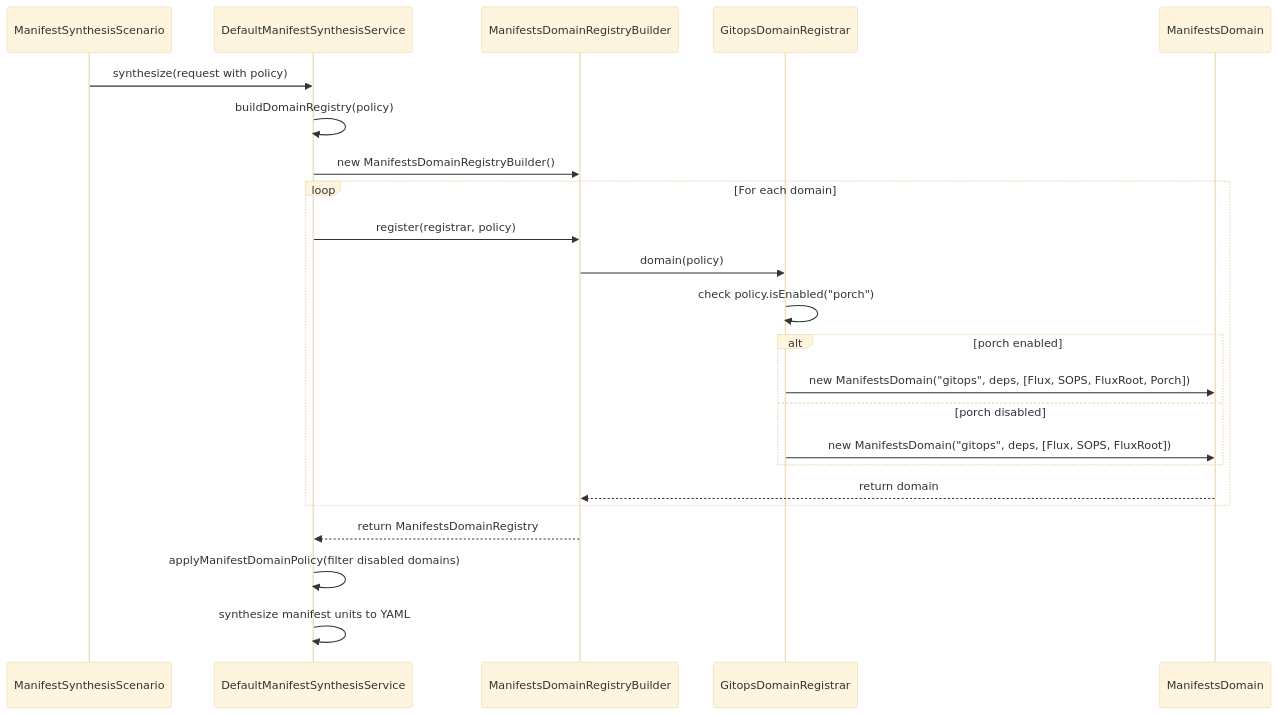
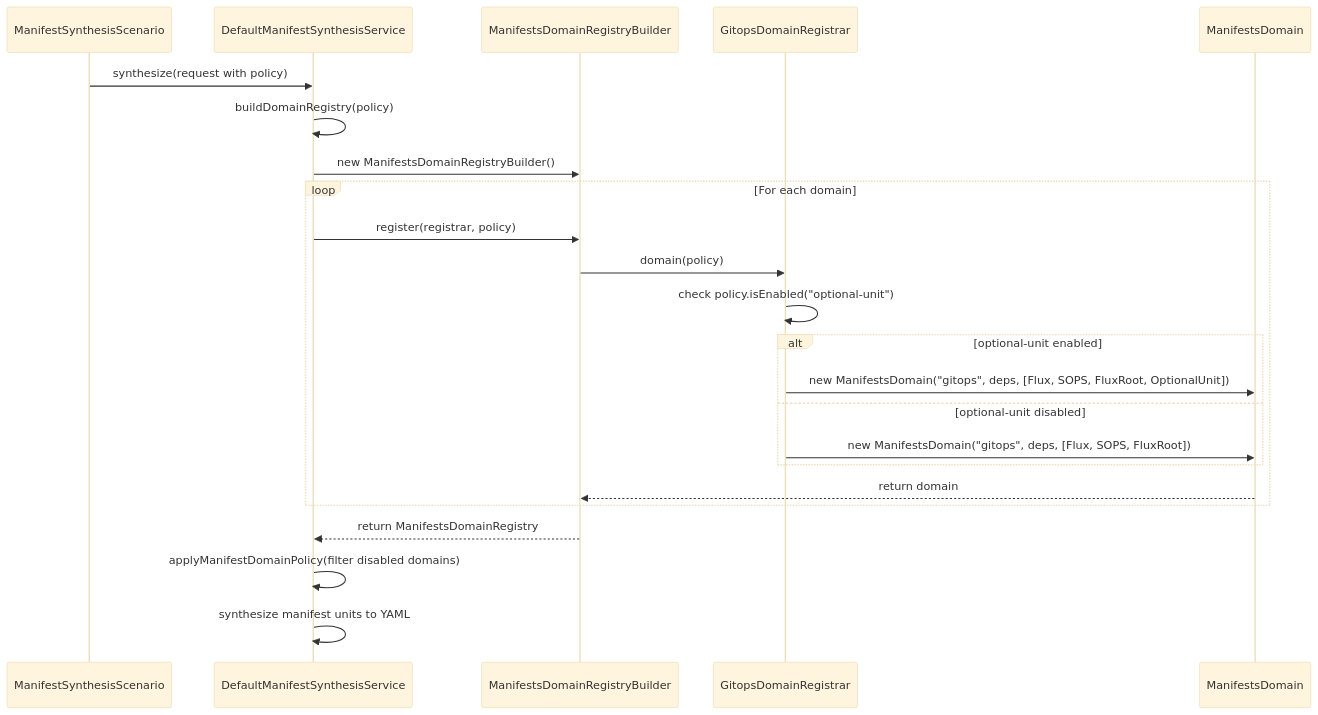
One commit to nxmatic/rke2lab changed the third of 4 diagrams in docs/architecture/manifests/manifest-conditional-inclusion.adoc. Above: the diagram before and after it, drawn with Mermaid (base theme). The commit also changed other lines of this file and 1914 other files, not shown here.

```diff
--- a/docs/architecture/manifests/manifest-conditional-inclusion.adoc
+++ b/docs/architecture/manifests/manifest-conditional-inclusion.adoc
@@ -177,31 +178,31 @@
 [mermaid]
 ----
 sequenceDiagram
     participant CP as ManifestSynthesisScenario
     participant DMS as DefaultManifestSynthesisService
     participant LDRB as ManifestsDomainRegistryBuilder
     participant GDR as GitopsDomainRegistrar
     participant LD as ManifestsDomain
 
     CP->>DMS: synthesize(request with policy)
     DMS->>DMS: buildDomainRegistry(policy)
     DMS->>LDRB: new ManifestsDomainRegistryBuilder()
 
     loop For each domain
         DMS->>LDRB: register(registrar, policy)
         LDRB->>GDR: domain(policy)
-        GDR->>GDR: check policy.isEnabled("porch")
+        GDR->>GDR: check policy.isEnabled("optional-unit")
 
-        alt porch enabled
-            GDR->>LD: new ManifestsDomain("gitops", deps, [Flux, SOPS, FluxRoot, Porch])
-        else porch disabled
+        alt optional-unit enabled
+            GDR->>LD: new ManifestsDomain("gitops", deps, [Flux, SOPS, FluxRoot, OptionalUnit])
+        else optional-unit disabled
             GDR->>LD: new ManifestsDomain("gitops", deps, [Flux, SOPS, FluxRoot])
         end
 
         LD-->>LDRB: return domain
     end
 
     LDRB-->>DMS: return ManifestsDomainRegistry
     DMS->>DMS: applyManifestDomainPolicy(filter disabled domains)
     DMS->>DMS: synthesize manifest units to YAML
 ----
```
